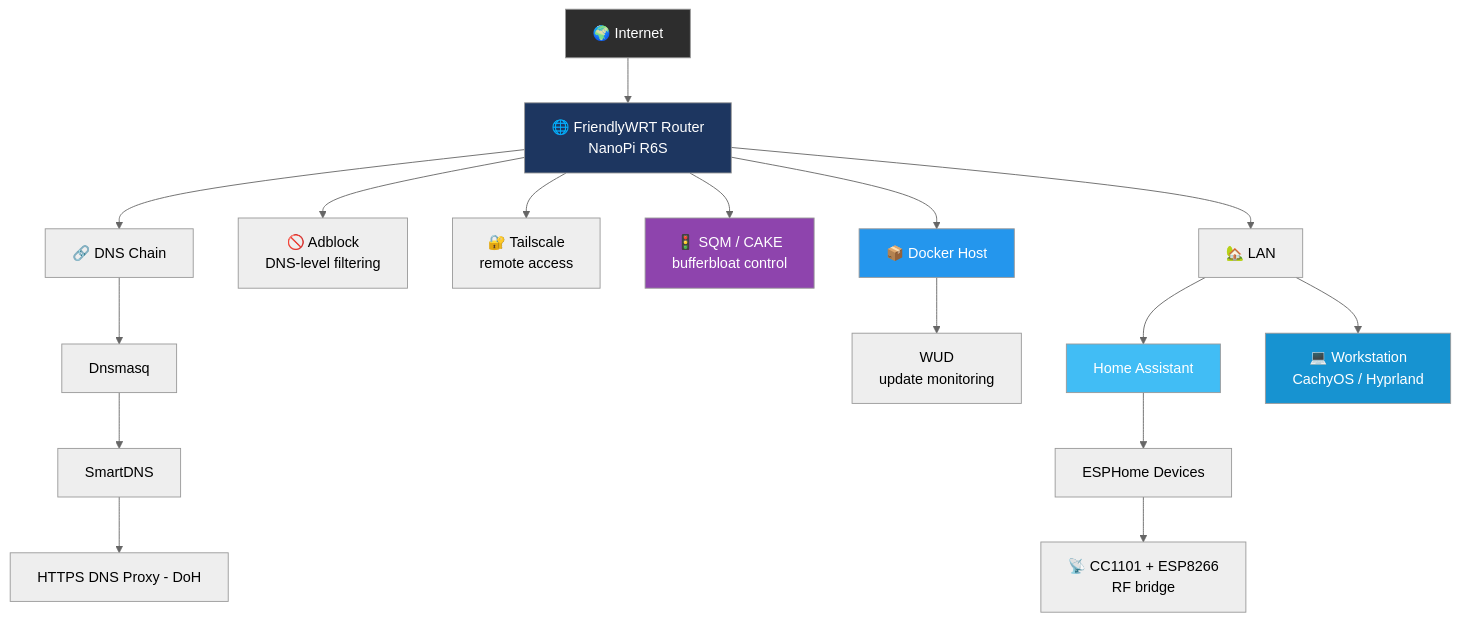
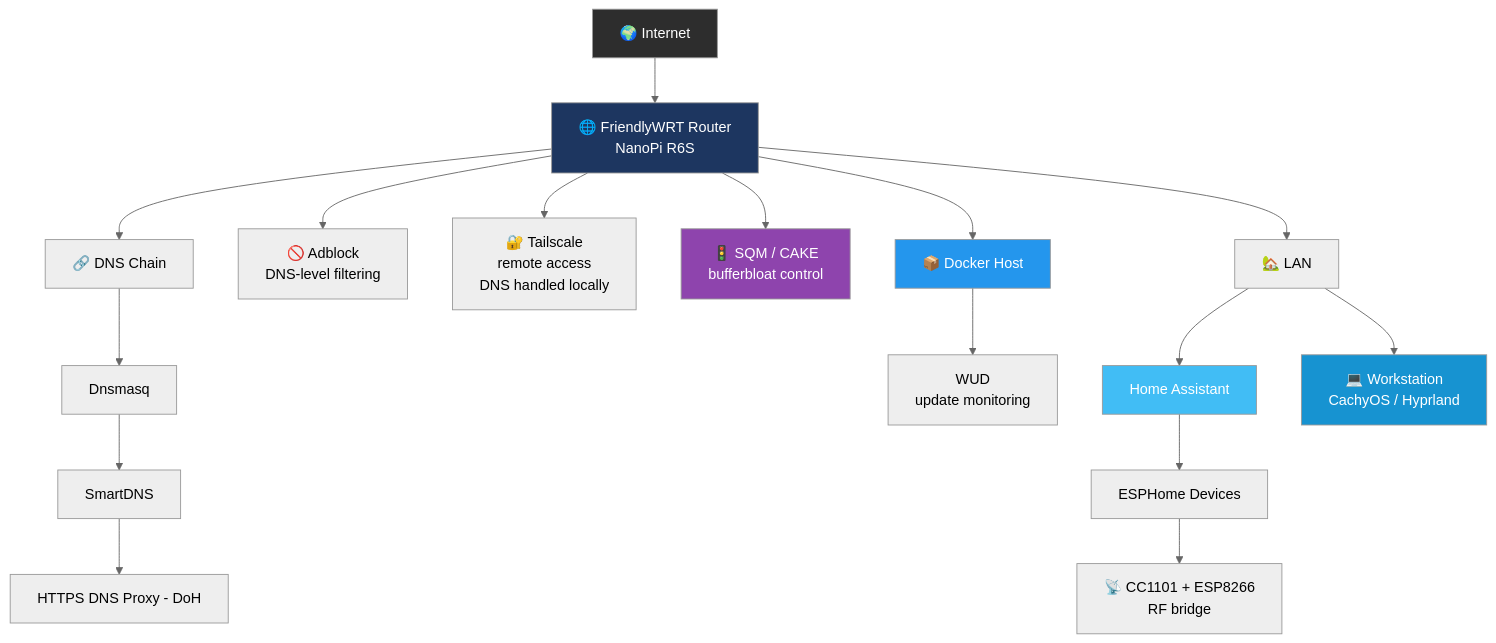
One commit to anilgunduzz/myhomelab changed the diagram in README.md. Above: the diagram before and after it, drawn with Mermaid (neutral theme). The commit also changed other lines of this file, not shown here.

````diff
--- a/README.md
+++ b/README.md
@@ -34,30 +34,30 @@
 ```mermaid
 flowchart TD
     A[🌍 Internet] --> B[🌐 FriendlyWRT Router<br/>NanoPi R6S]
 
     B --> C[🔗 DNS Chain]
     C --> C1[Dnsmasq]
     C1 --> C2[SmartDNS]
     C2 --> C3[HTTPS DNS Proxy - DoH]
 
     B --> D[🚫 Adblock<br/>DNS-level filtering]
-    B --> E[🔐 Tailscale<br/>remote access]
+    B --> E[🔐 Tailscale<br/>remote access<br/>DNS handled locally]
     B --> S[🚦 SQM / CAKE<br/>bufferbloat control]
 
     B --> F[📦 Docker Host]
     F --> F1[WUD<br/>update monitoring]
 
     B --> G[🏡 LAN]
     G --> H[Home Assistant]
     H --> I[ESPHome Devices]
     I --> J[📡 CC1101 + ESP8266<br/>RF bridge]
 
     G --> K[💻 Workstation<br/>CachyOS / Hyprland]
 
     style A fill:#2d2d2d,color:#fff
     style B fill:#1D3660,color:#fff
     style F fill:#2496ED,color:#fff
     style H fill:#41BDF5,color:#fff
     style K fill:#1793D1,color:#fff
     style S fill:#8e44ad,color:#fff
 ```
````
